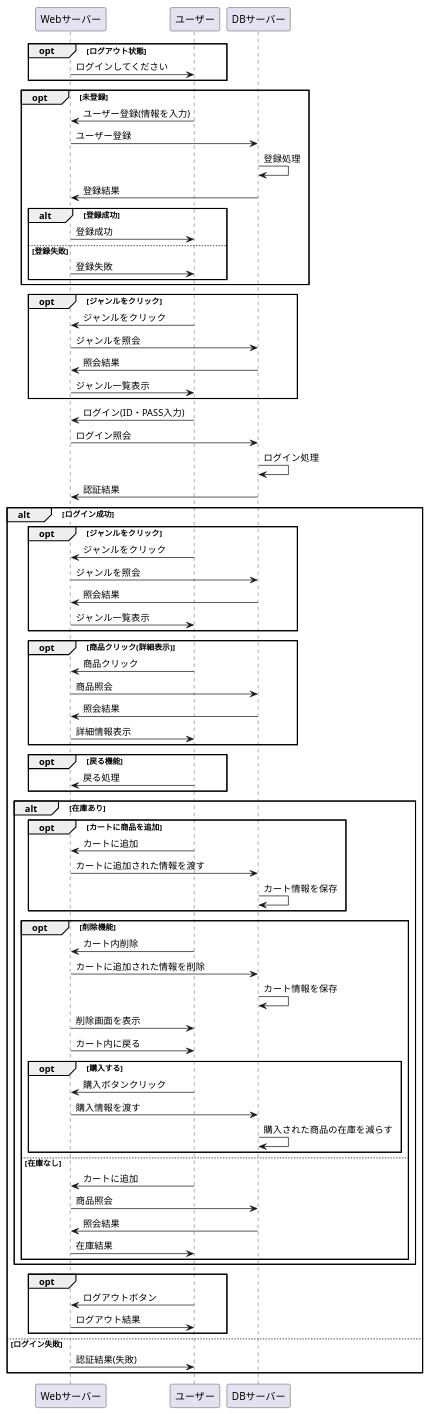
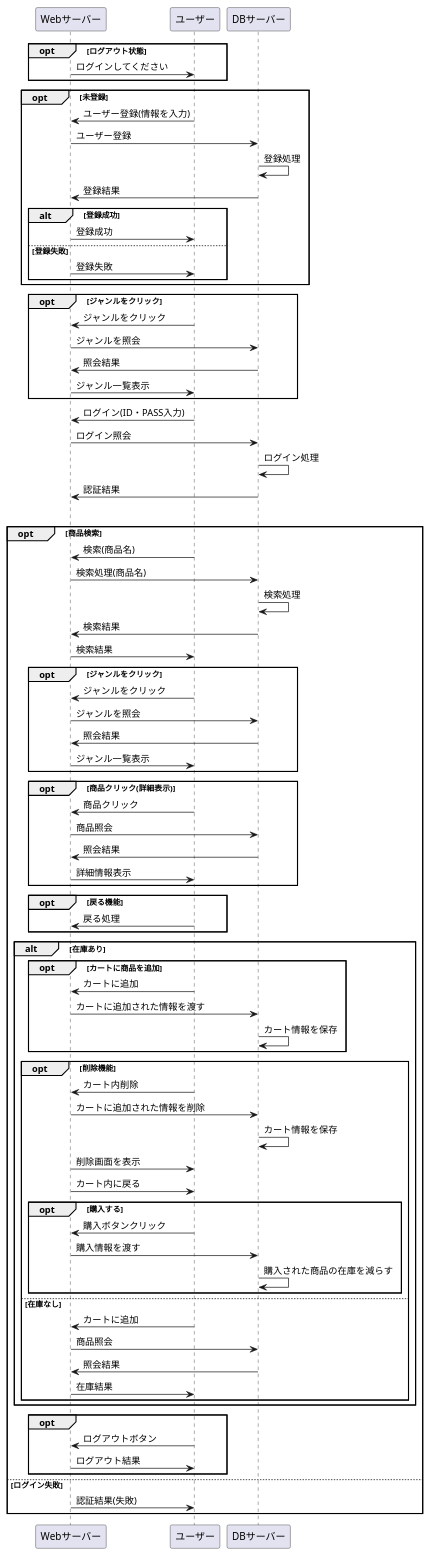
Before and after one commit to Aso2001184/2021sys-design: the diagram in あの消し.業務フロー.md, drawn with PlantUML.

```diff
--- a/あの消し.業務フロー.md
+++ b/あの消し.業務フロー.md
@@ -30,6 +30,13 @@
 DBサーバー -> Webサーバー : 認証結果
 
 alt ログイン成功
+
+opt 商品検索
+ユーザー -> Webサーバー : 検索(商品名)
+Webサーバー -> DBサーバー : 検索処理(商品名)
+DBサーバー -> DBサーバー : 検索処理
+DBサーバー -> Webサーバー : 検索結果
+Webサーバー -> ユーザー : 検索結果
 
 opt ジャンルをクリック
 ユーザー -> Webサーバー : ジャンルをクリック
```
